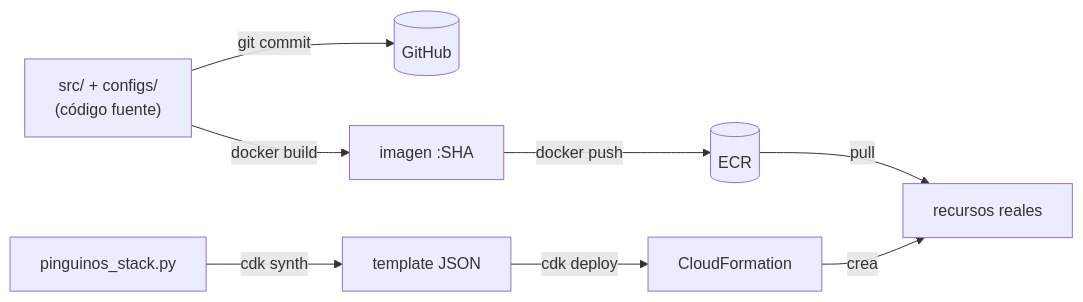
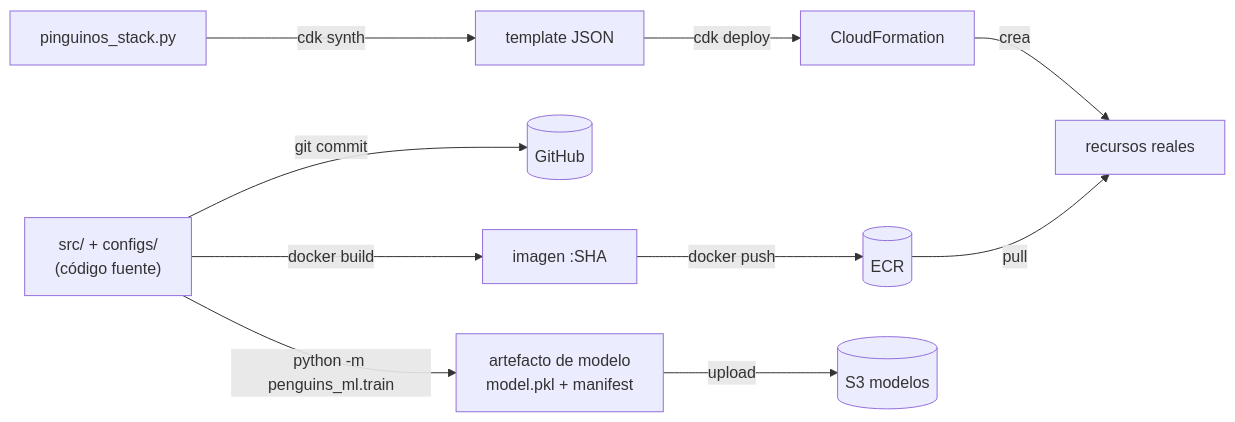
One commit to JairRamosG/Pinguinos-AWS changed the first of 7 diagrams in docs/how-it-works.md. Above: the diagram before and after it, drawn with Mermaid. The commit also changed other lines of this file, not shown here.

````diff
--- a/docs/how-it-works.md
+++ b/docs/how-it-works.md
@@ -42,10 +43,12 @@
 ```mermaid
 flowchart LR
     SRC["src/ + configs/<br/>(código fuente)"] -->|"git commit"| GIT[("GitHub")]
     SRC -->|"docker build"| IMG["imagen :SHA"]
     IMG -->|"docker push"| ECR[("ECR")]
+    SRC -->|"python -m penguins_ml.train"| ART["artefacto de modelo<br/>model.pkl + manifest"]
+    ART -->|"upload"| S3A[("S3 modelos")]
     CDK["pinguinos_stack.py"] -->|"cdk synth"| TPL["template JSON"]
     TPL -->|"cdk deploy"| CFN["CloudFormation"]
     CFN -->|"crea"| INFRA["recursos reales"]
     ECR -->|"pull"| INFRA
 ```
````
